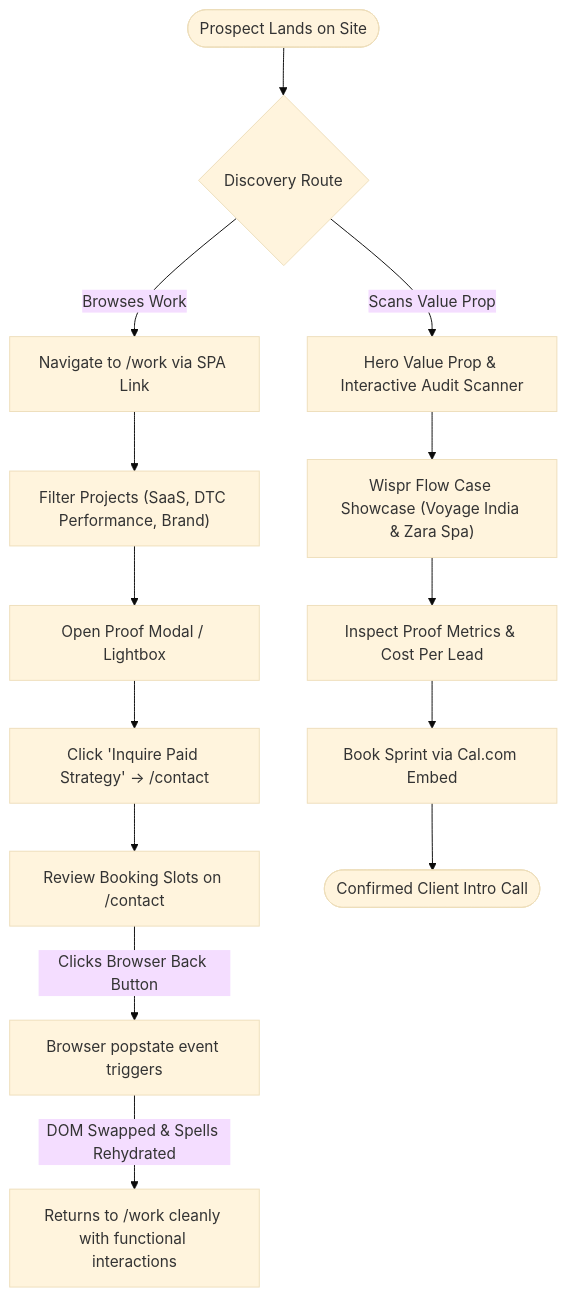
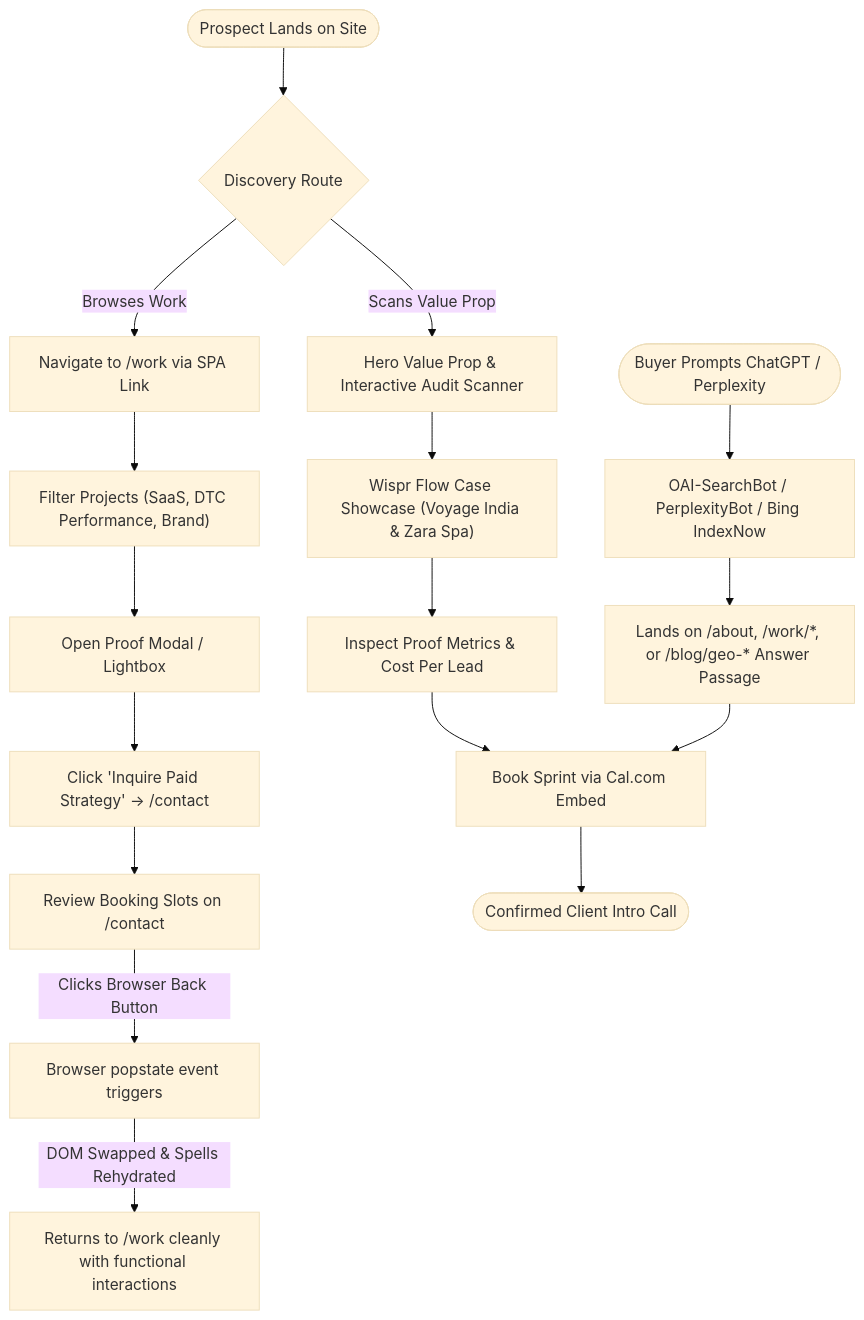
Before and after one commit to Shade2005/The-flexflow-updated: the diagram in docs/user_journeys.md, drawn with Mermaid (base theme). The commit also changed 26 other files, not shown here.

Commit message:
feat(geo): implement full-stack GEO/AEO crawler, entity schema, standalone pages, and IndexNow

````diff
--- a/docs/user_journeys.md
+++ b/docs/user_journeys.md
@@ -5,24 +5,29 @@
 ```mermaid
 flowchart TD
     START(["Prospect Lands on Site"]) --> DISCOVER{"Discovery Route"}
 
     %% Journey 1: Homepage Evaluation
     DISCOVER -->|Scans Value Prop| HOME_HERO["Hero Value Prop & Interactive Audit Scanner"]
     HOME_HERO --> SHOWCASE["Wispr Flow Case Showcase (Voyage India & Zara Spa)"]
     SHOWCASE --> PROOF["Inspect Proof Metrics & Cost Per Lead"]
     PROOF --> BOOK_CALL["Book Sprint via Cal.com Embed"]
 
     %% Journey 2: Case Studies & Work Exploration
     DISCOVER -->|Browses Work| WORK_NAV["Navigate to /work via SPA Link"]
     WORK_NAV --> WORK_GRID["Filter Projects (SaaS, DTC Performance, Brand)"]
     WORK_GRID --> LIGHTBOX["Open Proof Modal / Lightbox"]
     LIGHTBOX --> CTA_STRATEGY["Click 'Inquire Paid Strategy' -> /contact"]
 
     %% Journey 3: Browser Navigation & History Traversal
     CTA_STRATEGY --> CONTACT_PAGE["Review Booking Slots on /contact"]
     CONTACT_PAGE -->|Clicks Browser Back Button| POPSTATE_TRIGGER["Browser popstate event triggers"]
     POPSTATE_TRIGGER -->|DOM Swapped & Spells Rehydrated| WORK_RETURN["Returns to /work cleanly with functional interactions"]
 
+    %% Journey 4: AI Search Discovery (ChatGPT Search / Perplexity / Google AIO)
+    START_AI(["Buyer Prompts ChatGPT / Perplexity"]) --> AI_CRAWL["OAI-SearchBot / PerplexityBot / Bing IndexNow"]
+    AI_CRAWL --> AI_PAGES["Lands on /about, /work/*, or /blog/geo-* Answer Passage"]
+    AI_PAGES --> BOOK_CALL
+
     %% Conversion Endpoints
     BOOK_CALL --> CONFIRMATION(["Confirmed Client Intro Call"])
 ```
````
